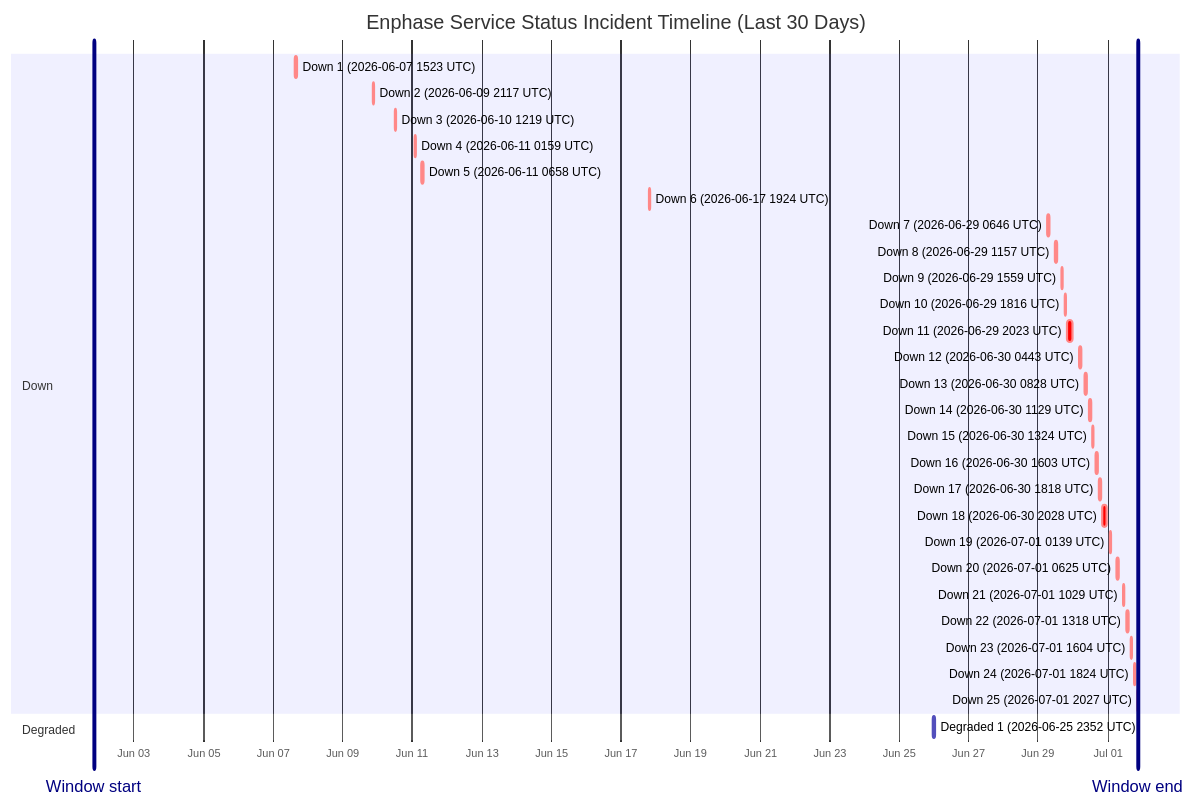
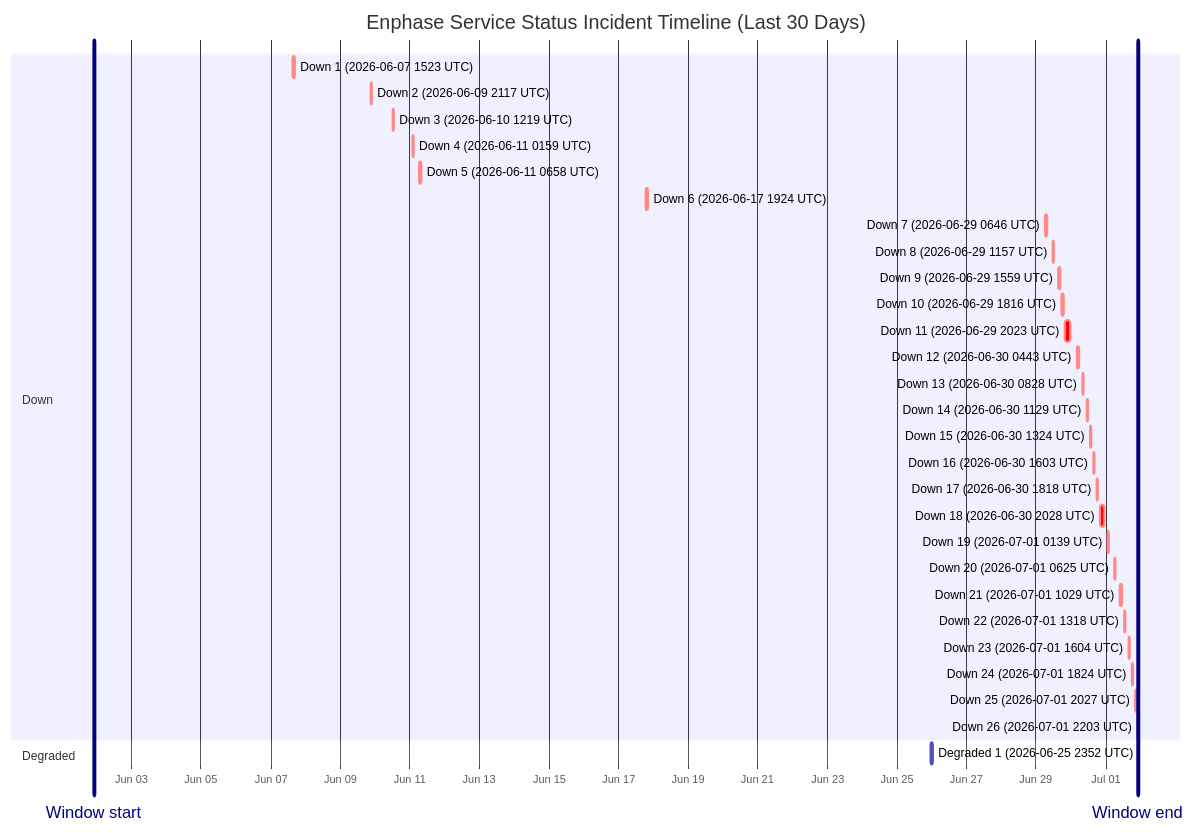
The diagram in wiki/Service-Status-History.md (barneyonline/ha-enphase-energy), drawn with Mermaid before and after one commit. The commit also changed other lines of this file and 3 other files, not shown here.

````diff
--- a/wiki/Service-Status-History.md
+++ b/wiki/Service-Status-History.md
@@ -14,36 +14,37 @@
 ```mermaid
 gantt
     title Enphase Service Status Incident Timeline (Last 30 Days)
     dateFormat  YYYY-MM-DDTHH:mm:ss
     axisFormat  %b %d
-    Window start :vert, window-start, 2026-06-01T20:27:17, 0ms
-    Window end :vert, window-end, 2026-07-01T20:27:17, 0ms
+    Window start :vert, window-start, 2026-06-01T22:03:46, 0ms
+    Window end :vert, window-end, 2026-07-01T22:03:46, 0ms
     section Down
     Down 1 (2026-06-07 1523 UTC) :crit, down-1, 2026-06-07T15:23:22, 87m
     Down 2 (2026-06-09 2117 UTC) :crit, down-2, 2026-06-09T21:17:17, 60m
     Down 3 (2026-06-10 1219 UTC) :crit, down-3, 2026-06-10T12:19:21, 60m
     Down 4 (2026-06-11 0159 UTC) :crit, down-4, 2026-06-11T01:59:36, 60m
     Down 5 (2026-06-11 0658 UTC) :crit, down-5, 2026-06-11T06:58:45, 60m
     Down 6 (2026-06-17 1924 UTC) :crit, down-6, 2026-06-17T19:24:51, 60m
     Down 7 (2026-06-29 0646 UTC) :crit, down-7, 2026-06-29T06:46:18, 60m
     Down 8 (2026-06-29 1157 UTC) :crit, down-8, 2026-06-29T11:57:36, 60m
     Down 9 (2026-06-29 1559 UTC) :crit, down-9, 2026-06-29T15:59:02, 60m
     Down 10 (2026-06-29 1816 UTC) :crit, down-10, 2026-06-29T18:16:38, 60m
     Down 11 (2026-06-29 2023 UTC) :crit, down-11, 2026-06-29T20:23:16, 220m
     Down 12 (2026-06-30 0443 UTC) :crit, down-12, 2026-06-30T04:43:54, 60m
     Down 13 (2026-06-30 0828 UTC) :crit, down-13, 2026-06-30T08:28:43, 60m
     Down 14 (2026-06-30 1129 UTC) :crit, down-14, 2026-06-30T11:29:15, 60m
     Down 15 (2026-06-30 1324 UTC) :crit, down-15, 2026-06-30T13:24:25, 60m
     Down 16 (2026-06-30 1603 UTC) :crit, down-16, 2026-06-30T16:03:26, 60m
     Down 17 (2026-06-30 1818 UTC) :crit, down-17, 2026-06-30T18:18:39, 60m
     Down 18 (2026-06-30 2028 UTC) :crit, down-18, 2026-06-30T20:28:54, 171m
     Down 19 (2026-07-01 0139 UTC) :crit, down-19, 2026-07-01T01:39:18, 60m
     Down 20 (2026-07-01 0625 UTC) :crit, down-20, 2026-07-01T06:25:35, 60m
     Down 21 (2026-07-01 1029 UTC) :crit, down-21, 2026-07-01T10:29:24, 60m
     Down 22 (2026-07-01 1318 UTC) :crit, down-22, 2026-07-01T13:18:31, 60m
     Down 23 (2026-07-01 1604 UTC) :crit, down-23, 2026-07-01T16:04:29, 60m
     Down 24 (2026-07-01 1824 UTC) :crit, down-24, 2026-07-01T18:24:21, 60m
     Down 25 (2026-07-01 2027 UTC) :crit, down-25, 2026-07-01T20:27:17, 60m
+    Down 26 (2026-07-01 2203 UTC) :crit, down-26, 2026-07-01T22:03:46, 60m
     section Degraded
     Degraded 1 (2026-06-25 2352 UTC) :active, degraded-1, 2026-06-25T23:52:01, 60m
 ```
````
